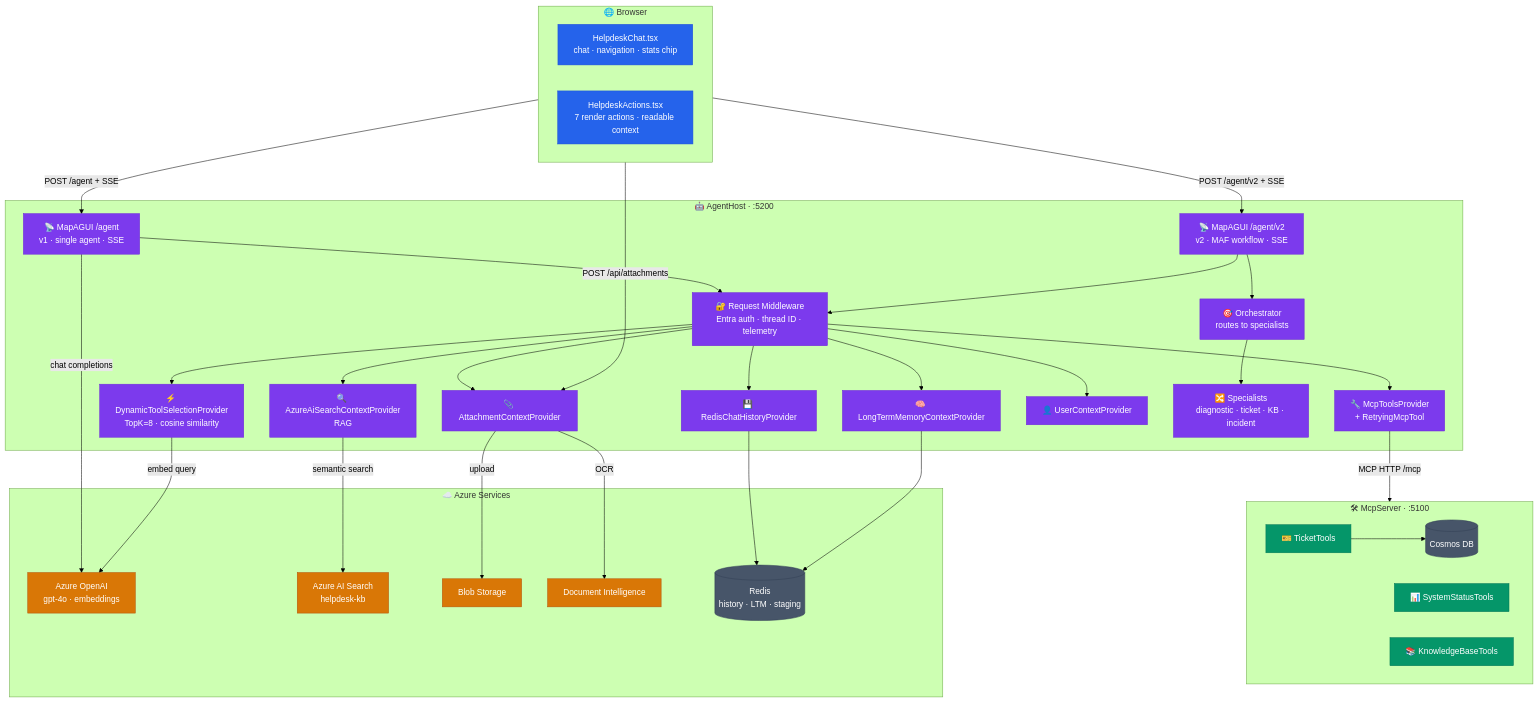
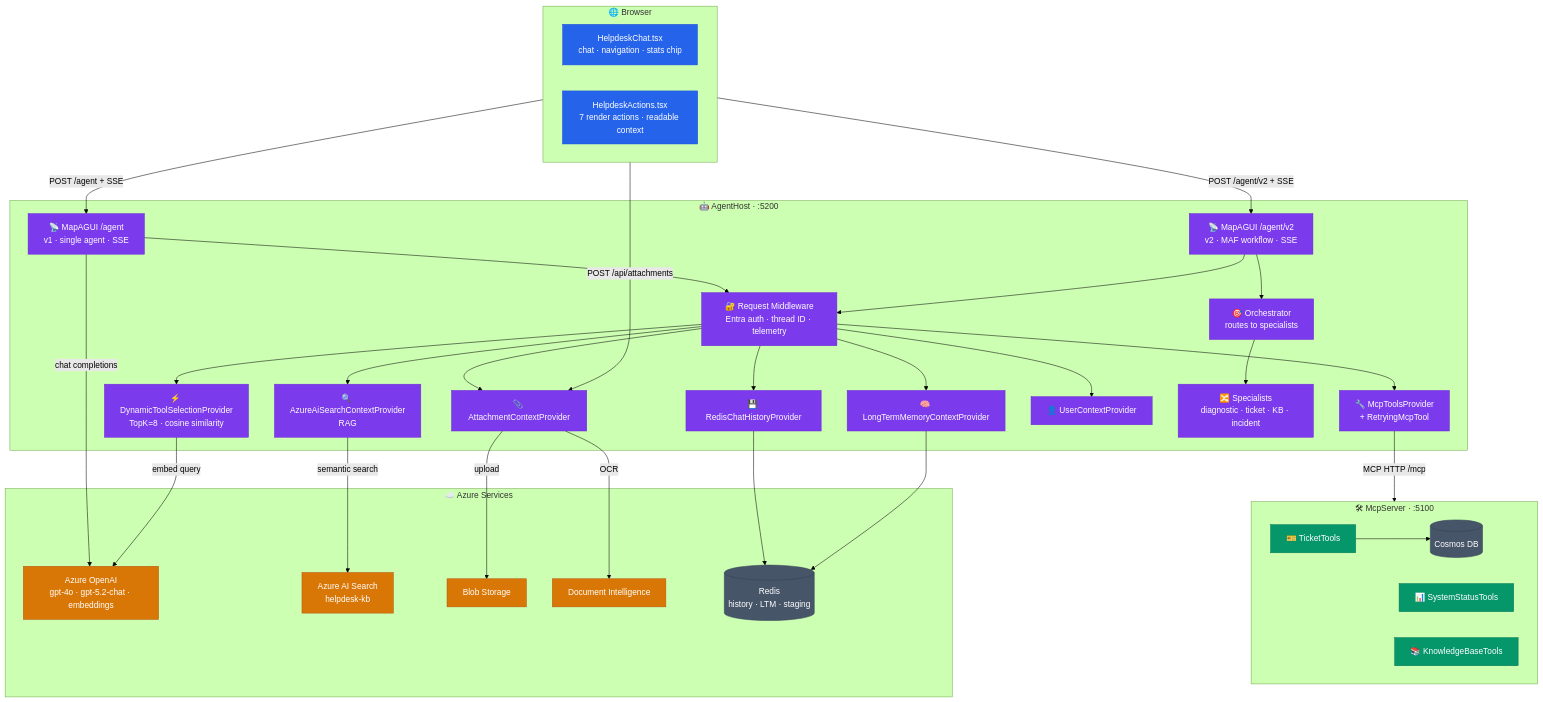
The first of 2 diagrams in README.md (sreyanchoudhury/HelpdeskAI.CSharp), drawn with Mermaid (forest theme) before and after one commit. The commit also changed other lines of this file and 11 other files, not shown here.

Commit message:
fix: stabilize route handoff flow and add regression cleanup docs

````diff
--- a/README.md
+++ b/README.md
@@ -111,74 +112,74 @@
 ```mermaid
 flowchart TD
     classDef fe   fill:#2563eb,stroke:#1d4ed8,color:#fff
     classDef ah   fill:#7c3aed,stroke:#6d28d9,color:#fff
     classDef mcp  fill:#059669,stroke:#047857,color:#fff
     classDef svc  fill:#d97706,stroke:#b45309,color:#fff
     classDef db   fill:#475569,stroke:#334155,color:#fff
 
     subgraph Browser["🌐  Browser"]
         FE1["HelpdeskChat.tsx<br/>chat · navigation · stats chip"]
         FE2["HelpdeskActions.tsx<br/>7 render actions · readable context"]
     end
 
     subgraph AgentHost["🤖  AgentHost  ·  :5200"]
         AH1["📡 MapAGUI /agent<br/>v1 · single agent · SSE"]
         AH1V2["📡 MapAGUI /agent/v2<br/>v2 · MAF workflow · SSE"]
         AH2["🔐 Request Middleware<br/>Entra auth · thread ID · telemetry"]
         AH3["📎 AttachmentContextProvider"]
         AH4["🔍 AzureAiSearchContextProvider<br/>RAG"]
         AH5["🔧 McpToolsProvider<br/>+ RetryingMcpTool"]
         AH6["💾 RedisChatHistoryProvider"]
         AH7["⚡ DynamicToolSelectionProvider<br/>TopK=8 · cosine similarity"]
         AH8["🧠 LongTermMemoryContextProvider"]
         AH9["👤 UserContextProvider"]
         ORCH["🎯 Orchestrator<br/>routes to specialists"]
         SPEC["🔀 Specialists<br/>diagnostic · ticket · KB · incident"]
     end
 
     subgraph McpServer["🛠  McpServer  ·  :5100"]
         MS1["🎫 TicketTools"]
         MS2["📊 SystemStatusTools"]
         MS3["📚 KnowledgeBaseTools"]
         COSMOS[("Cosmos DB")]
     end
 
     subgraph Azure["☁️  Azure Services"]
-        AOA["Azure OpenAI<br/>gpt-4o · embeddings"]
+        AOA["Azure OpenAI<br/>gpt-4o · gpt-5.2-chat · embeddings"]
         AIS["Azure AI Search<br/>helpdesk-kb"]
         ABS["Blob Storage"]
         ADI["Document Intelligence"]
         REDIS[("Redis<br/>history · LTM · staging")]
     end
 
     Browser -->|POST /agent + SSE| AH1
     Browser -->|POST /agent/v2 + SSE| AH1V2
     Browser -->|POST /api/attachments| AH3
 
     AH1 --> AH2
     AH1V2 --> AH2
     AH1V2 --> ORCH --> SPEC
     AH2 --> AH3
     AH2 --> AH4
     AH2 --> AH5
     AH2 --> AH6
     AH2 --> AH7
     AH2 --> AH8
     AH2 --> AH9
 
     AH5 -->|MCP HTTP /mcp| McpServer
     MS1 --> COSMOS
     AH1 -->|chat completions| AOA
     AH7 -->|embed query| AOA
     AH4 -->|semantic search| AIS
     AH3 -->|upload| ABS
     AH3 -->|OCR| ADI
     AH6 --> REDIS
     AH8 --> REDIS
 
     class FE1,FE2 fe
     class AH1,AH1V2,AH2,AH3,AH4,AH5,AH6,AH7,AH8,AH9,ORCH,SPEC ah
     class MS1,MS2,MS3 mcp
     class COSMOS,REDIS db
     class AOA,AIS,ABS,ADI svc
 ```
````
